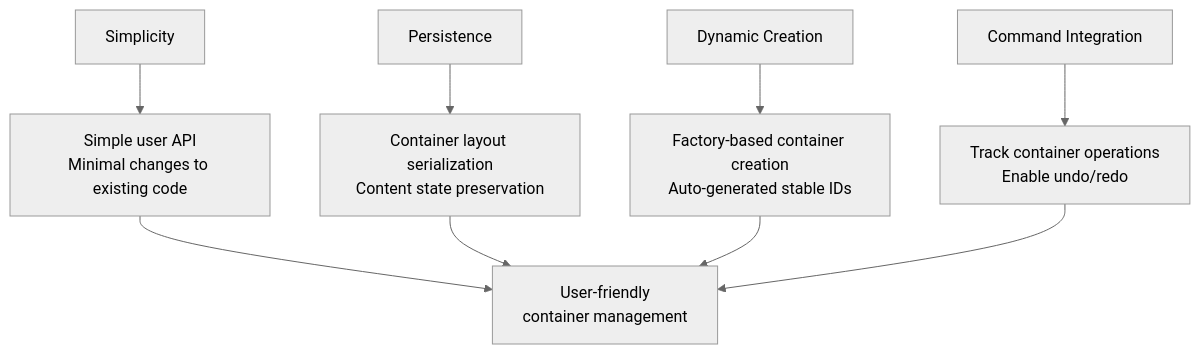
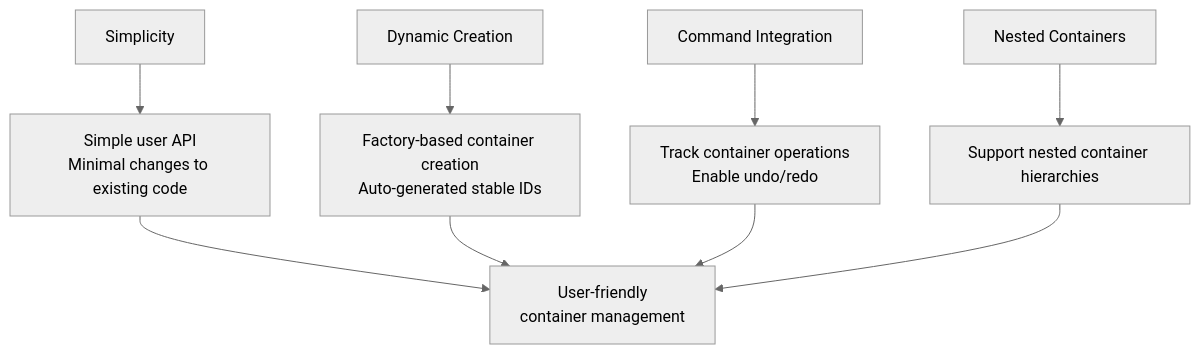
Before and after one commit to maro7tigre/PySignalDecipher: the second of 4 diagrams in command_system/docs/dynamic_containers.md, drawn with Mermaid (neutral theme). The commit also changed other lines of this file and 5 other files, not shown here.

````diff
--- a/command_system/docs/dynamic_containers.md
+++ b/command_system/docs/dynamic_containers.md
@@ -25,12 +24,12 @@
 ```mermaid
 graph TD
     A[Simplicity] --> User["Simple user API<br>Minimal changes to existing code"]
-    B[Persistence] --> Layout["Container layout serialization<br>Content state preservation"]
-    C[Dynamic Creation] --> Factory["Factory-based container creation<br>Auto-generated stable IDs"]
-    D[Command Integration] --> Track["Track container operations<br>Enable undo/redo"]
+    B[Dynamic Creation] --> Factory["Factory-based container creation<br>Auto-generated stable IDs"]
+    C[Command Integration] --> Track["Track container operations<br>Enable undo/redo"]
+    D[Nested Containers] --> Hierarchy["Support nested container hierarchies"]
     
     User --> Goal["User-friendly<br>container management"]
-    Layout --> Goal
     Factory --> Goal
     Track --> Goal
+    Hierarchy --> Goal
 ```
````
